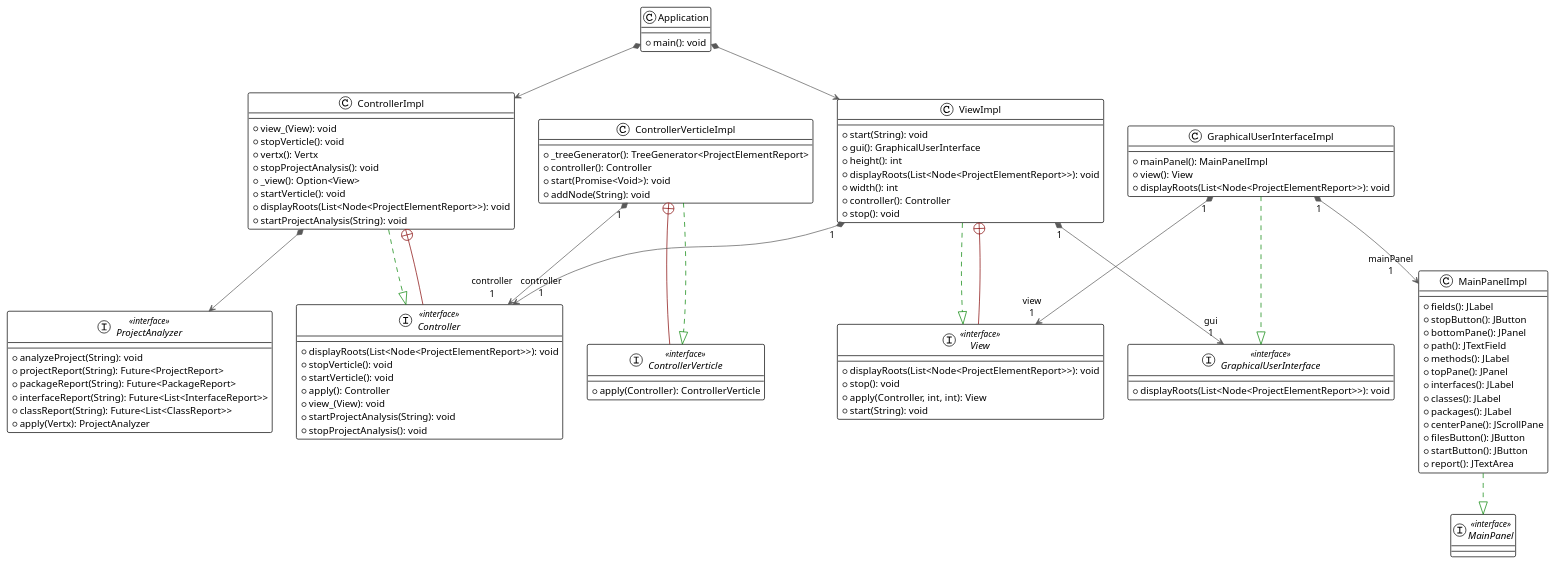
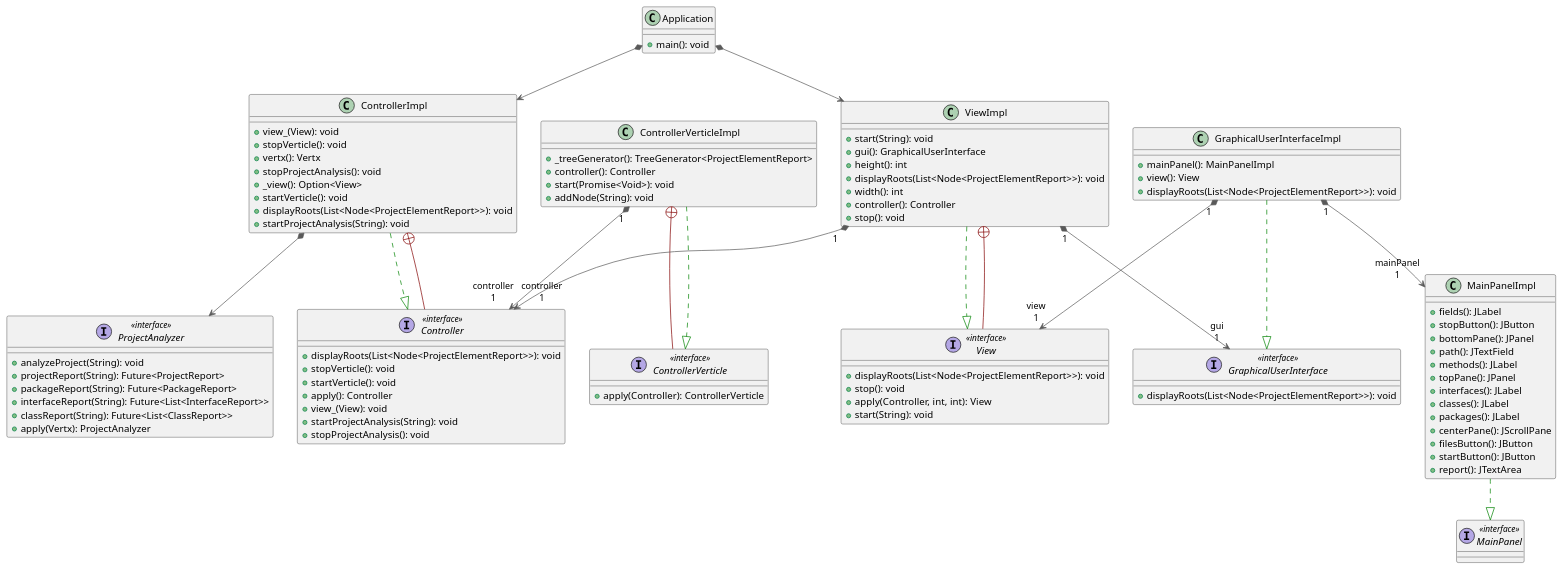
The diagram in project/src/main/uml/EDAPMVC.plantuml (FilippoVissani/assignment-02), drawn with PlantUML before and after one commit. The commit also changed 4 other files, not shown here.

```diff
--- a/project/src/main/uml/EDAPMVC.plantuml
+++ b/project/src/main/uml/EDAPMVC.plantuml
@@ -1,101 +1,97 @@
 @startuml
-
-!theme plain
-top to bottom direction
-
 class Application {
   + main(): void
 }
 interface Controller << interface >> {
   + displayRoots(List<Node<ProjectElementReport>>): void
   + stopVerticle(): void
   + startVerticle(): void
   + apply(): Controller
   + view_(View): void
   + startProjectAnalysis(String): void
   + stopProjectAnalysis(): void
 }
 class ControllerImpl {
   + view_(View): void
   + stopVerticle(): void
   + vertx(): Vertx
   + stopProjectAnalysis(): void
   + _view(): Option<View>
   + startVerticle(): void
   + displayRoots(List<Node<ProjectElementReport>>): void
   + startProjectAnalysis(String): void
 }
 interface ControllerVerticle << interface >> {
   + apply(Controller): ControllerVerticle
 }
 class ControllerVerticleImpl {
   + _treeGenerator(): TreeGenerator<ProjectElementReport>
   + controller(): Controller
   + start(Promise<Void>): void
   + addNode(String): void
 }
 interface GraphicalUserInterface << interface >> {
   + displayRoots(List<Node<ProjectElementReport>>): void
 }
 class GraphicalUserInterfaceImpl {
   + mainPanel(): MainPanelImpl
   + view(): View
   + displayRoots(List<Node<ProjectElementReport>>): void
 }
 interface MainPanel << interface >>
 class MainPanelImpl {
   + fields(): JLabel
   + stopButton(): JButton
   + bottomPane(): JPanel
   + path(): JTextField
   + methods(): JLabel
   + topPane(): JPanel
   + interfaces(): JLabel
   + classes(): JLabel
   + packages(): JLabel
   + centerPane(): JScrollPane
   + filesButton(): JButton
   + startButton(): JButton
   + report(): JTextArea
 }
 interface ProjectAnalyzer << interface >> {
   + analyzeProject(String): void
   + projectReport(String): Future<ProjectReport>
   + packageReport(String): Future<PackageReport>
   + interfaceReport(String): Future<List<InterfaceReport>>
   + classReport(String): Future<List<ClassReport>>
   + apply(Vertx): ProjectAnalyzer
 }
 interface View << interface >> {
   + displayRoots(List<Node<ProjectElementReport>>): void
   + stop(): void
   + apply(Controller, int, int): View
   + start(String): void
 }
 class ViewImpl {
   + start(String): void
   + gui(): GraphicalUserInterface
   + height(): int
   + displayRoots(List<Node<ProjectElementReport>>): void
   + width(): int
   + controller(): Controller
   + stop(): void
 }
 
 Application *-[#595959,plain]-> ControllerImpl
 Application *-[#595959,plain]-> ViewImpl
 ControllerImpl              -[#008200,dashed]-^  Controller                 
 ControllerImpl              +-[#820000,plain]-  Controller                 
 ControllerVerticleImpl     "1" *-[#595959,plain]-> "controller\n1" Controller
 ControllerVerticleImpl      +-[#820000,plain]-  ControllerVerticle         
 ControllerVerticleImpl      -[#008200,dashed]-^  ControllerVerticle
 ControllerImpl *-[#595959,plain]-> ProjectAnalyzer
 GraphicalUserInterfaceImpl  -[#008200,dashed]-^  GraphicalUserInterface
 GraphicalUserInterfaceImpl "1" *-[#595959,plain]-> "mainPanel\n1" MainPanelImpl              
 GraphicalUserInterfaceImpl "1" *-[#595959,plain]-> "view\n1" View                       
 MainPanelImpl               -[#008200,dashed]-^  MainPanel                  
 ViewImpl                   "1" *-[#595959,plain]-> "controller\n1" Controller                 
 ViewImpl                   "1" *-[#595959,plain]-> "gui\n1" GraphicalUserInterface     
 ViewImpl                    -[#008200,dashed]-^  View                       
 ViewImpl                    +-[#820000,plain]-  View                       
 @enduml
```
